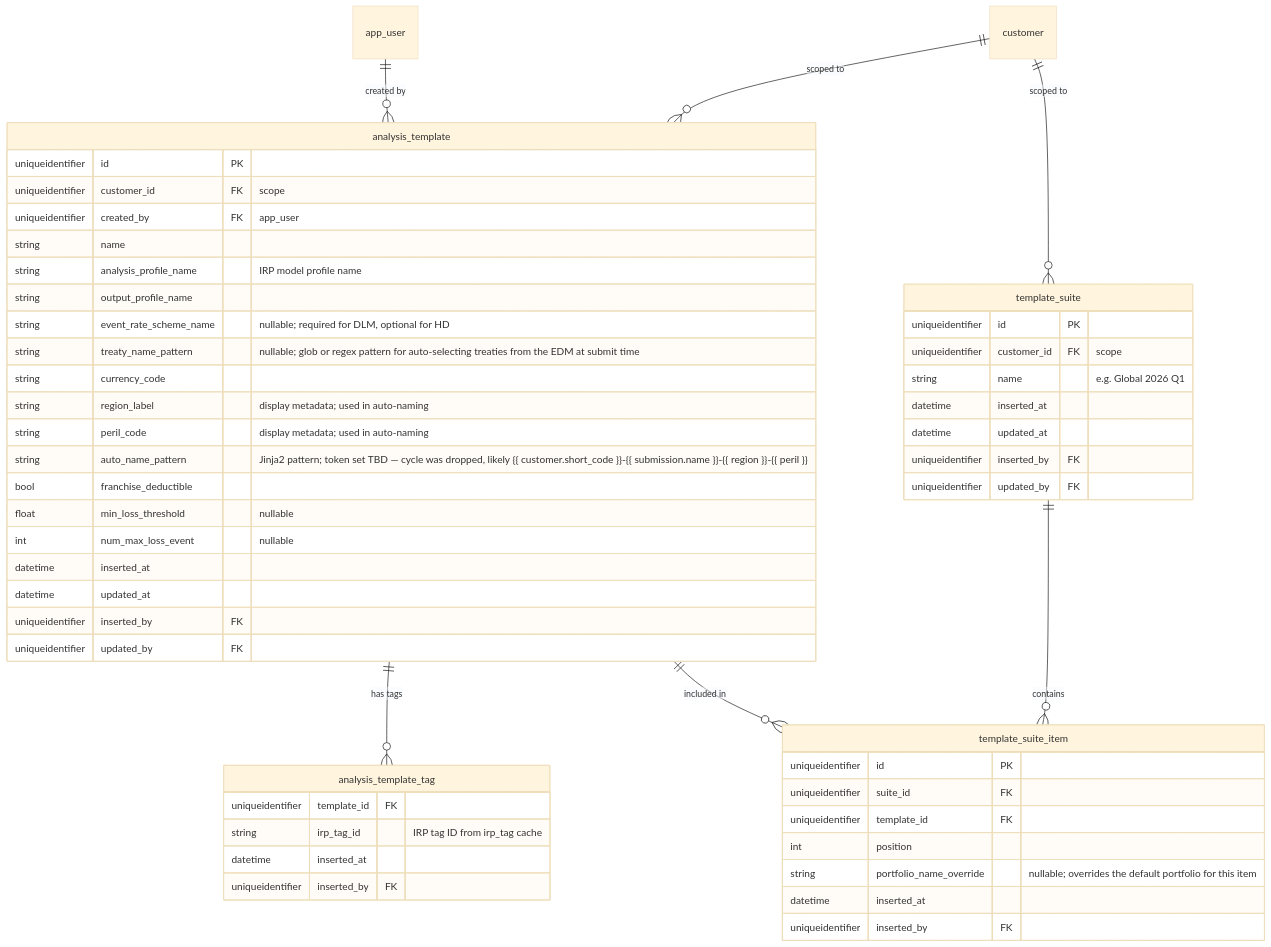
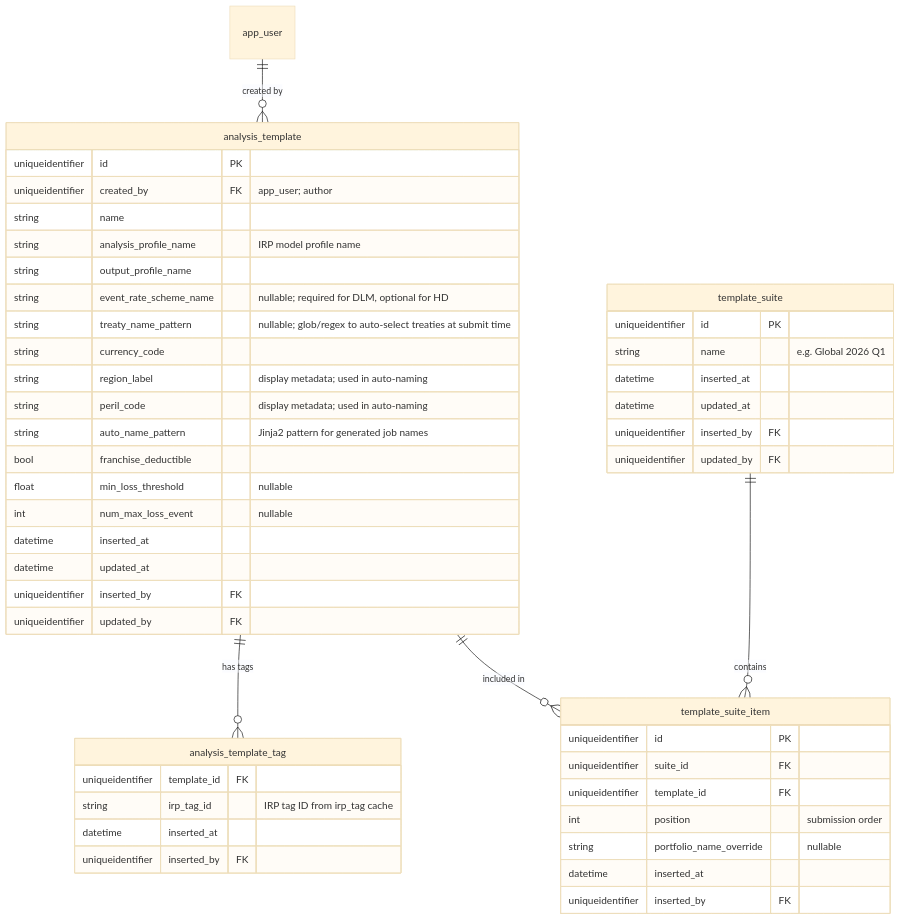
One commit to anilvenugopal/risk-workbench changed the fifth of 9 diagrams in docs/DATA_MODEL.md. Above: the diagram before and after it, drawn with Mermaid (base theme). The commit also changed other lines of this file and 3 other files, not shown here.

````diff
--- a/docs/DATA_MODEL.md
+++ b/docs/DATA_MODEL.md
@@ -500,55 +305,51 @@
 ```mermaid
 erDiagram
-  customer ||--o{ analysis_template : "scoped to"
   app_user ||--o{ analysis_template : "created by"
   analysis_template ||--o{ analysis_template_tag : "has tags"
-  customer ||--o{ template_suite : "scoped to"
   template_suite ||--o{ template_suite_item : contains
   analysis_template ||--o{ template_suite_item : "included in"
 
   analysis_template {
     uniqueidentifier id PK
-    uniqueidentifier customer_id FK "scope"
-    uniqueidentifier created_by FK "app_user"
+    uniqueidentifier created_by FK "app_user; author"
     string name
     string analysis_profile_name "IRP model profile name"
     string output_profile_name
     string event_rate_scheme_name "nullable; required for DLM, optional for HD"
-    string treaty_name_pattern "nullable; glob or regex pattern for auto-selecting treaties from the EDM at submit time"
+    string treaty_name_pattern "nullable; glob/regex to auto-select treaties at submit time"
     string currency_code
     string region_label "display metadata; used in auto-naming"
     string peril_code "display metadata; used in auto-naming"
-    string auto_name_pattern "Jinja2 pattern; token set TBD — cycle was dropped, likely {{ customer.short_code }}-{{ submission.name }}-{{ region }}-{{ peril }}"
+    string auto_name_pattern "Jinja2 pattern for generated job names"
     bool franchise_deductible
     float min_loss_threshold "nullable"
     int num_max_loss_event "nullable"
     datetime inserted_at
     datetime updated_at
     uniqueidentifier inserted_by FK
     uniqueidentifier updated_by FK
   }
   analysis_template_tag {
     uniqueidentifier template_id FK
     string irp_tag_id "IRP tag ID from irp_tag cache"
     datetime inserted_at
     uniqueidentifier inserted_by FK
   }
   template_suite {
     uniqueidentifier id PK
-    uniqueidentifier customer_id FK "scope"
     string name "e.g. Global 2026 Q1"
     datetime inserted_at
     datetime updated_at
     uniqueidentifier inserted_by FK
     uniqueidentifier updated_by FK
   }
   template_suite_item {
     uniqueidentifier id PK
     uniqueidentifier suite_id FK
     uniqueidentifier template_id FK
-    int position
-    string portfolio_name_override "nullable; overrides the default portfolio for this item"
+    int position "submission order"
+    string portfolio_name_override "nullable"
     datetime inserted_at
     uniqueidentifier inserted_by FK
   }
 ```
````
